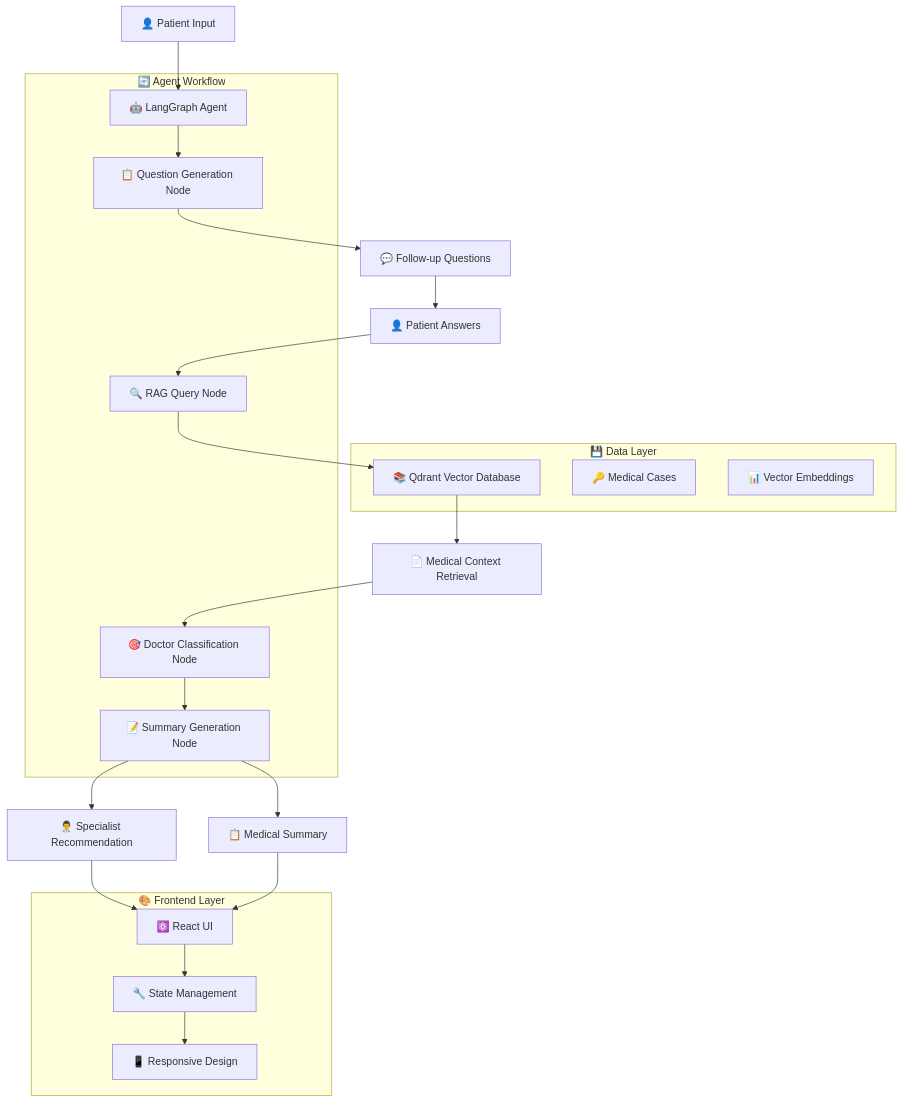
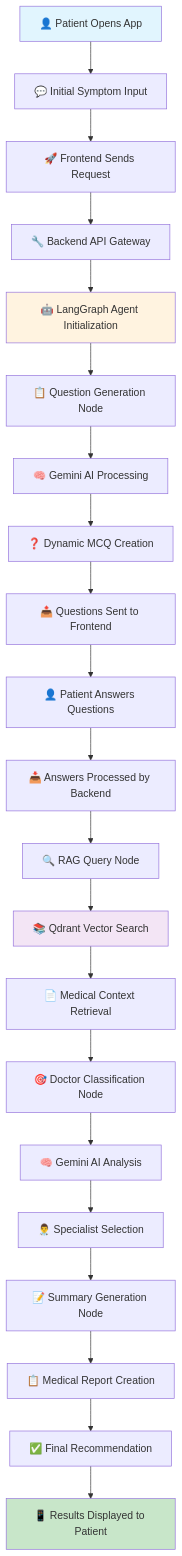
One commit to syedmozamilshah/HealthVerse changed the first of 3 diagrams in README.md. Above: the diagram before and after it, drawn with Mermaid. The commit also changed other lines of this file and 16 other files, not shown here.

````diff
--- a/README.md
+++ b/README.md
@@ -53,39 +54,32 @@
 ```mermaid
-graph TD
-    A[👤 Patient Input] --> B[🤖 LangGraph Agent]
-    B --> C[📋 Question Generation Node]
-    C --> D[💬 Follow-up Questions]
-    D --> E[👤 Patient Answers]
-    E --> F[🔍 RAG Query Node]
-    F --> G[📚 Qdrant Vector Database]
-    G --> H[📄 Medical Context Retrieval]
-    H --> I[🎯 Doctor Classification Node]
-    I --> J[📝 Summary Generation Node]
-    J --> K[👨‍⚕️ Specialist Recommendation]
-    J --> L[📋 Medical Summary]
+flowchart TD
+    A[👤 Patient Opens App] --> B[💬 Initial Symptom Input]
+    B --> C[🚀 Frontend Sends Request]
+    C --> D[🔧 Backend API Gateway]
     
-    subgraph "🔄 Agent Workflow"
-        B
-        C
-        F
-        I
-        J
-    end
+    D --> E[🤖 LangGraph Agent Initialization]
+    E --> F[📋 Question Generation Node]
+    F --> G[🧠 Gemini AI Processing]
+    G --> H[❓ Dynamic MCQ Creation]
+    H --> I[📤 Questions Sent to Frontend]
     
-    subgraph "💾 Data Layer"
-        G
-        M[🔑 Medical Cases]
-        N[📊 Vector Embeddings]
-    end
+    I --> J[👤 Patient Answers Questions]
+    J --> K[📥 Answers Processed by Backend]
+    K --> L[🔍 RAG Query Node]
+    L --> M[📚 Qdrant Vector Search]
+    M --> N[📄 Medical Context Retrieval]
     
-    subgraph "🎨 Frontend Layer"
-        O[⚛️ React UI]
-        P[🔧 State Management]
-        Q[📱 Responsive Design]
-    end
+    N --> O[🎯 Doctor Classification Node]
+    O --> P[🧠 Gemini AI Analysis]
+    P --> Q[👨‍⚕️ Specialist Selection]
     
-    K --> O
-    L --> O
-    O --> P
-    P --> Q
+    Q --> R[📝 Summary Generation Node]
+    R --> S[📋 Medical Report Creation]
+    S --> T[✅ Final Recommendation]
+    T --> U[📱 Results Displayed to Patient]
+    
+    style A fill:#e1f5fe
+    style U fill:#c8e6c9
+    style E fill:#fff3e0
+    style M fill:#f3e5f5
 ```
````
